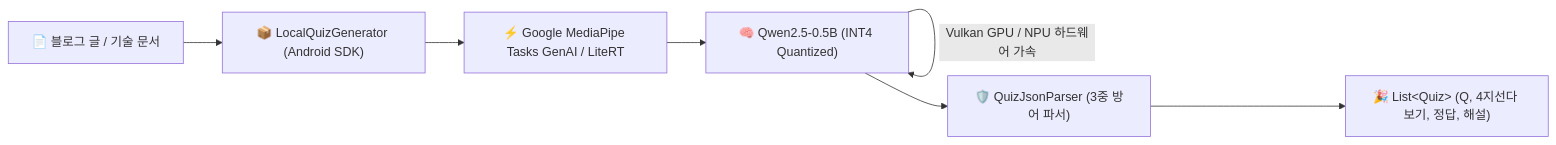
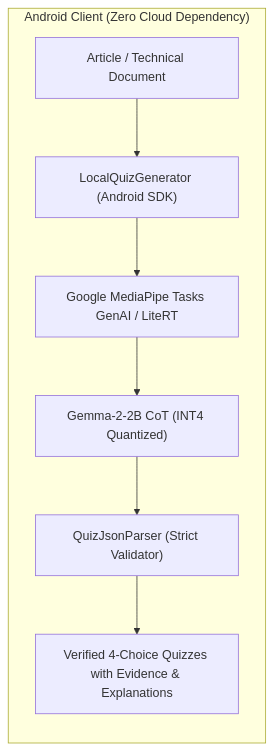
One commit to kez-lab/ondevice-blog-quiz-generator changed the first of 2 diagrams in README.md. Above: the diagram before and after it, drawn with Mermaid. The commit also changed other lines of this file, not shown here.

Commit message:
docs: revamp README to clean, professional, SEO-optimized English open-source standard

````diff
--- a/README.md
+++ b/README.md
@@ -60,9 +17,10 @@
 ```mermaid
 flowchart LR
-    A["📄 블로그 글 / 기술 문서"] --> B["📦 LocalQuizGenerator (Android SDK)"]
-    B --> C["⚡ Google MediaPipe Tasks GenAI / LiteRT"]
-    C --> D["🧠 Qwen2.5-0.5B (INT4 Quantized)"]
-    D -->|Vulkan GPU / NPU 하드웨어 가속| D
-    D --> E["🛡️ QuizJsonParser (3중 방어 파서)"]
-    E --> F["🎉 List&lt;Quiz&gt; (Q, 4지선다 보기, 정답, 해설)"]
+    subgraph MobileDevice["Android Client (Zero Cloud Dependency)"]
+        SourceText["Article / Technical Document"] --> SDK["LocalQuizGenerator (Android SDK)"]
+        SDK --> Engine["Google MediaPipe Tasks GenAI / LiteRT"]
+        Engine --> Model["Gemma-2-2B CoT (INT4 Quantized)"]
+        Model --> Parser["QuizJsonParser (Strict Validator)"]
+        Parser --> UI["Verified 4-Choice Quizzes with Evidence & Explanations"]
+    end
 ```
````
